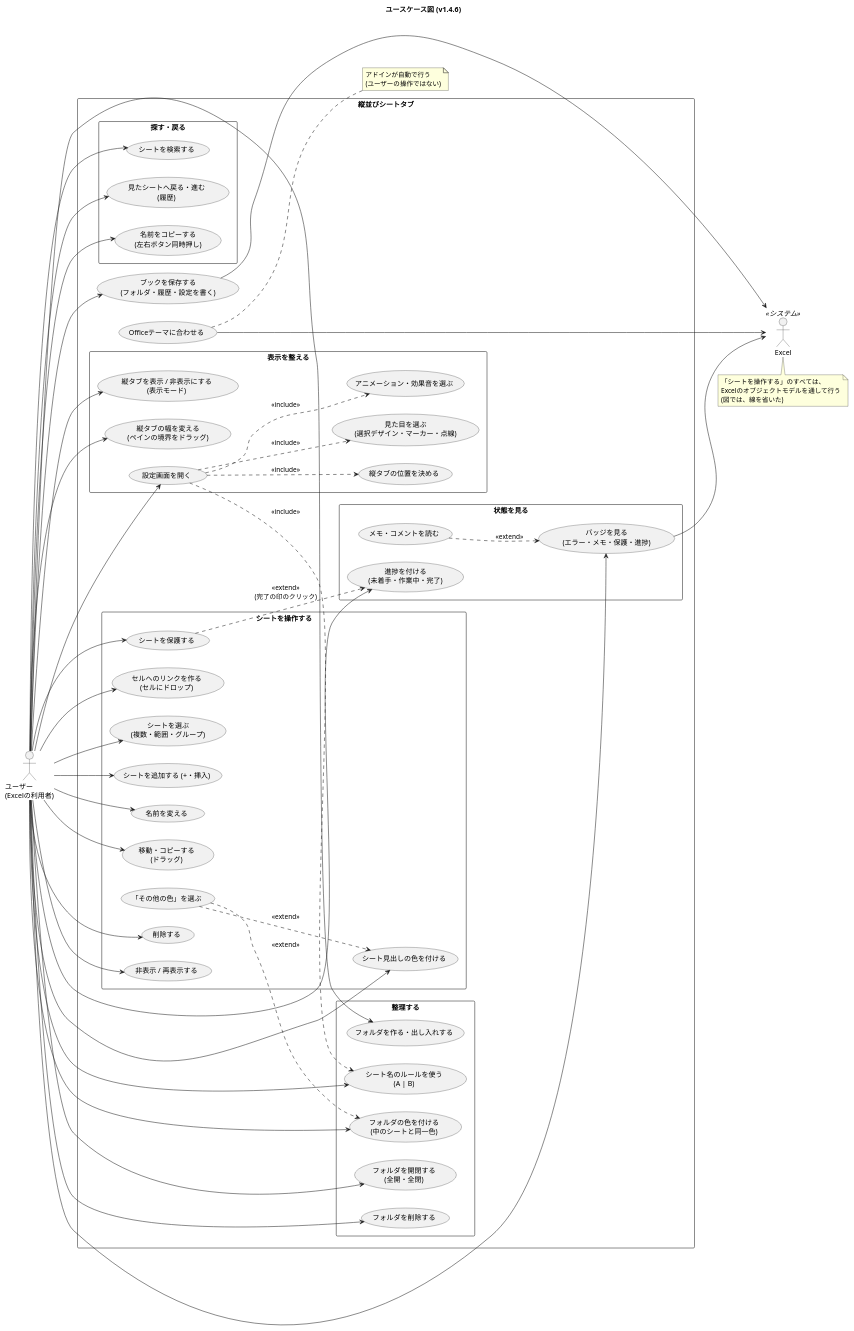
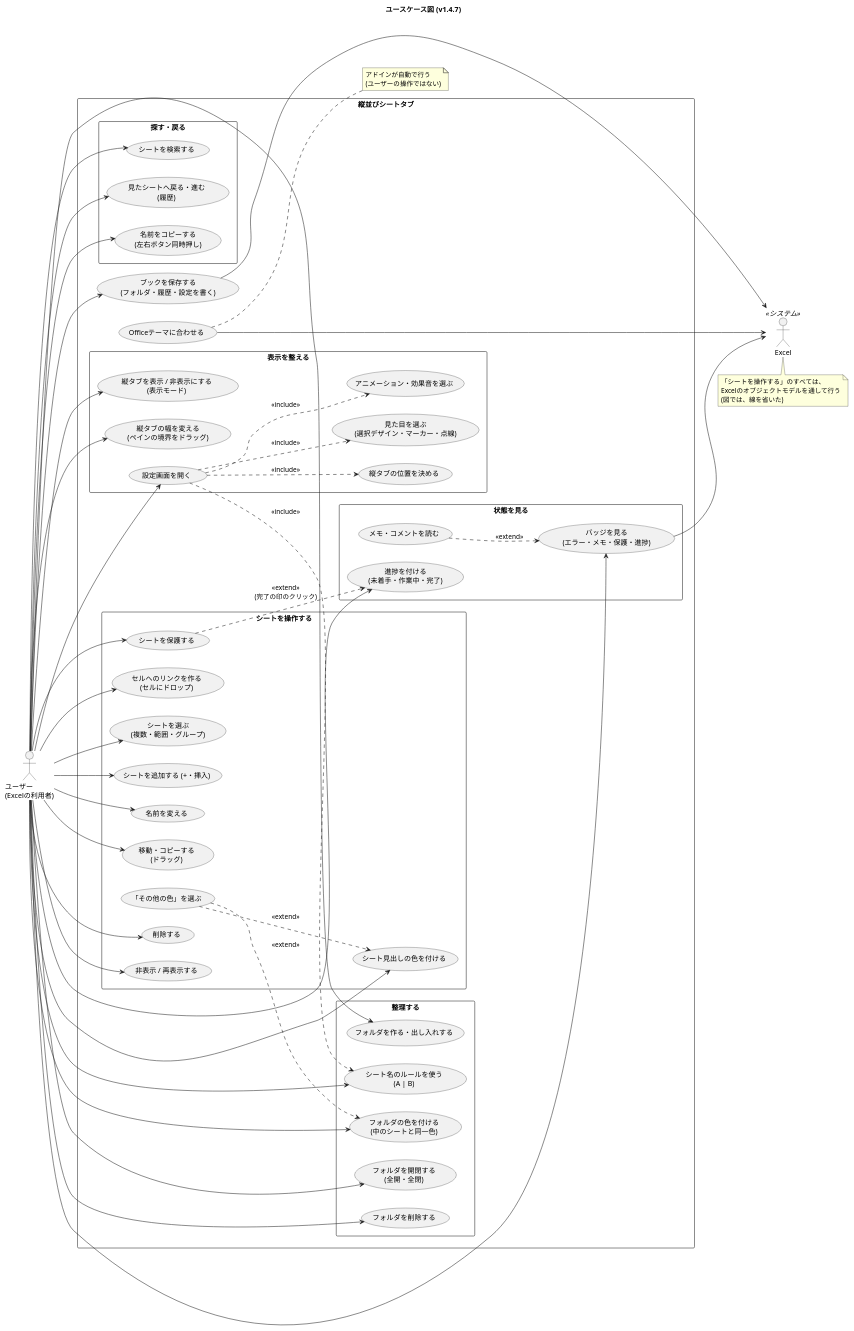
One commit to nk-taka623/VerticalSheetTabs changed the diagram in docs/usecase.puml. Above: the diagram before and after it, drawn with PlantUML. The commit also changed 14 other files, not shown here.

Commit message:
v1.4.7 にする (バージョン、README の変更点、設計図の版数)

```diff
--- a/docs/usecase.puml
+++ b/docs/usecase.puml
@@ -1,105 +1,105 @@
 @startuml
-title ユースケース図 (v1.4.6)
+title ユースケース図 (v1.4.7)
 left to right direction
 skinparam shadowing false
 skinparam packageStyle rectangle
 
 actor "ユーザー\n(Excelの利用者)" as U
 actor "Excel" as XL <<システム>>
 
 rectangle "縦並びシートタブ" {
 
   package "シートを操作する" {
     usecase "シートを選ぶ\n(複数・範囲・グループ)" as UC_SEL
     usecase "シートを追加する (+・挿入)" as UC_ADD
     usecase "名前を変える" as UC_REN
     usecase "移動・コピーする\n(ドラッグ)" as UC_MOVE
     usecase "削除する" as UC_DEL
     usecase "非表示 / 再表示する" as UC_HIDE
     usecase "シート見出しの色を付ける" as UC_COLOR
     usecase "「その他の色」を選ぶ" as UC_MORE
     usecase "シートを保護する" as UC_PROT
     usecase "セルへのリンクを作る\n(セルにドロップ)" as UC_LINK
   }
 
   package "整理する" {
     usecase "フォルダを作る・出し入れする" as UC_FOLDER
     usecase "フォルダを開閉する\n(全開・全閉)" as UC_TOGGLE
     usecase "フォルダの色を付ける\n(中のシートと同一色)" as UC_FCOLOR
     usecase "フォルダを削除する" as UC_FDEL
     usecase "シート名のルールを使う\n(A | B)" as UC_RULE
   }
 
   package "探す・戻る" {
     usecase "シートを検索する" as UC_SEARCH
     usecase "見たシートへ戻る・進む\n(履歴)" as UC_HIST
     usecase "名前をコピーする\n(左右ボタン同時押し)" as UC_COPY
   }
 
   package "状態を見る" {
     usecase "バッジを見る\n(エラー・メモ・保護・進捗)" as UC_BADGE
     usecase "メモ・コメントを読む" as UC_MEMO
     usecase "進捗を付ける\n(未着手・作業中・完了)" as UC_PROG
   }
 
   package "表示を整える" {
     usecase "縦タブを表示 / 非表示にする\n(表示モード)" as UC_MODE
     usecase "縦タブの位置を決める" as UC_SIDE
     usecase "縦タブの幅を変える\n(ペインの境界をドラッグ)" as UC_WIDTH
     usecase "設定画面を開く" as UC_SET
     usecase "見た目を選ぶ\n(選択デザイン・マーカー・点線)" as UC_LOOK
     usecase "アニメーション・効果音を選ぶ" as UC_ANIM
   }
 
   usecase "ブックを保存する\n(フォルダ・履歴・設定を書く)" as UC_SAVE
   usecase "Officeテーマに合わせる" as UC_THEME
 }
 
 U --> UC_SEL
 U --> UC_ADD
 U --> UC_REN
 U --> UC_MOVE
 U --> UC_DEL
 U --> UC_HIDE
 U --> UC_COLOR
 U --> UC_PROT
 U --> UC_LINK
 U --> UC_FOLDER
 U --> UC_TOGGLE
 U --> UC_FCOLOR
 U --> UC_FDEL
 U --> UC_RULE
 U --> UC_SEARCH
 U --> UC_HIST
 U --> UC_COPY
 U --> UC_BADGE
 U --> UC_PROG
 U --> UC_MODE
 U --> UC_WIDTH
 U --> UC_SET
 U --> UC_SAVE
 
 UC_MORE ..> UC_COLOR : <<extend>>
 UC_MORE ..> UC_FCOLOR : <<extend>>
 UC_MEMO ..> UC_BADGE : <<extend>>
 UC_PROT ..> UC_PROG : <<extend>>\n(完了の印のクリック)
 UC_SET ..> UC_SIDE : <<include>>
 UC_SET ..> UC_LOOK : <<include>>
 UC_SET ..> UC_ANIM : <<include>>
 UC_SET ..> UC_RULE : <<include>>
 
 UC_SAVE --> XL
 UC_THEME --> XL
 UC_BADGE --> XL
 
 note bottom of XL
   「シートを操作する」のすべては、
   Excelのオブジェクトモデルを通して行う
   (図では、線を省いた)
 end note
 
 note right of UC_THEME
   アドインが自動で行う
   (ユーザーの操作ではない)
 end note
 @enduml
```
